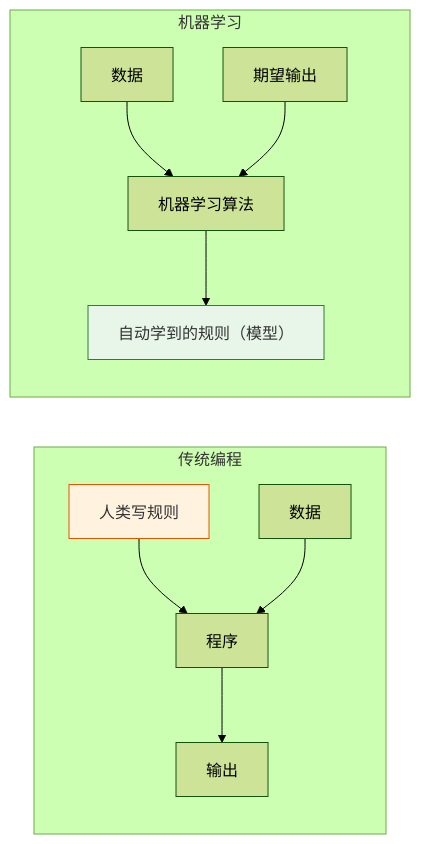
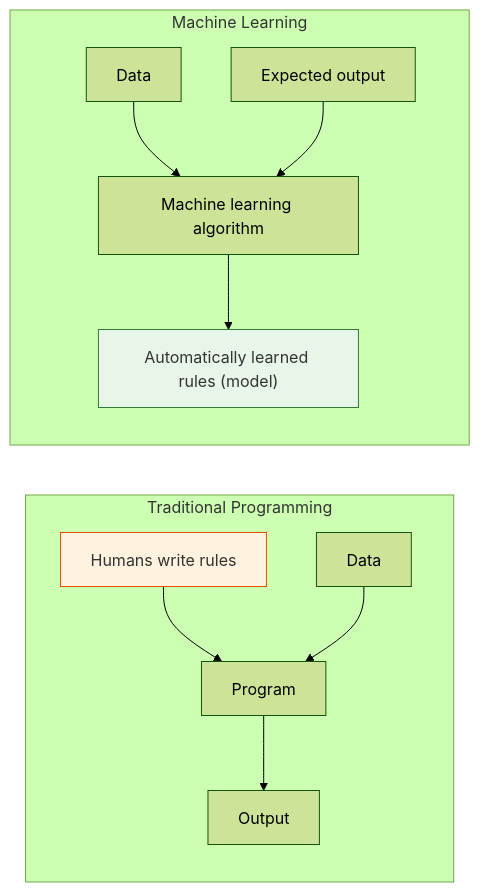
Before and after one commit to oudbiao/AI-fullstack-course: the first of 5 diagrams in docs/ch05-machine-learning/ch01-ml-basics/01-what-is-ml.md, drawn with Mermaid (forest theme). The commit also changed other lines of this file and 1406 other files, not shown here.

````diff
--- a/docs/ch05-machine-learning/ch01-ml-basics/01-what-is-ml.md
+++ b/docs/ch05-machine-learning/ch01-ml-basics/01-what-is-ml.md
@@ -47,17 +47,17 @@
 ```mermaid
 flowchart LR
-    subgraph 传统编程
-        R1["人类写规则"] --> P1["程序"]
-        D1["数据"] --> P1
-        P1 --> O1["输出"]
+    subgraph Traditional Programming
+        R1["Humans write rules"] --> P1["Program"]
+        D1["Data"] --> P1
+        P1 --> O1["Output"]
     end
 
-    subgraph 机器学习
-        D2["数据"] --> ML["机器学习算法"]
-        O2["期望输出"] --> ML
-        ML --> R2["自动学到的规则（模型）"]
+    subgraph Machine Learning
+        D2["Data"] --> ML["Machine learning algorithm"]
+        O2["Expected output"] --> ML
+        ML --> R2["Automatically learned rules (model)"]
     end
 
     style R1 fill:#fff3e0,stroke:#e65100,color:#333
     style R2 fill:#e8f5e9,stroke:#2e7d32,color:#333
 ```
````
